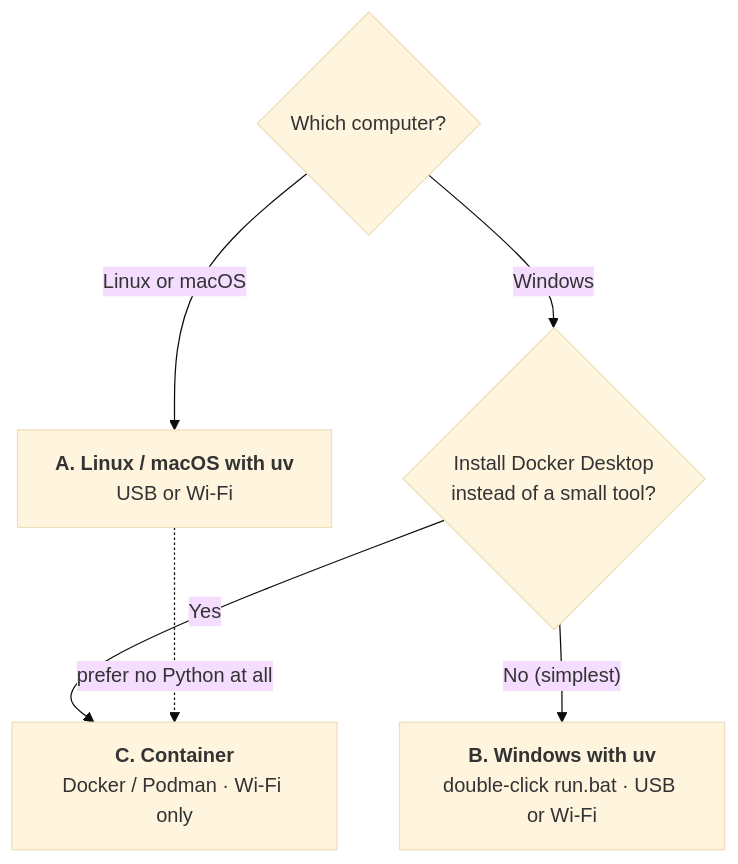
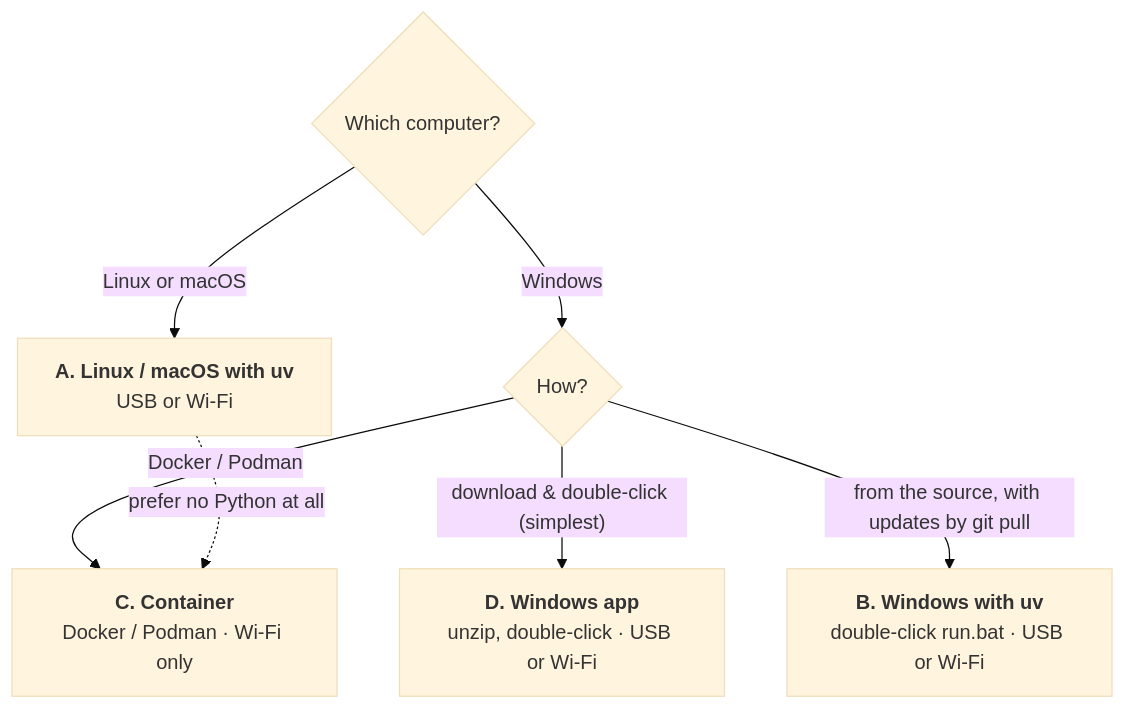
One commit to igorpuorro/android-instagram-tools changed the diagram in README.md. Above: the diagram before and after it, drawn with Mermaid (base theme). The commit also changed other lines of this file and 13 other files, not shown here.

First line of the commit message:
feat: add a Windows app as a one-folder zip

````diff
--- a/README.md
+++ b/README.md
@@ -19,9 +19,10 @@
 ```mermaid
 flowchart TD
     Q1{"Which computer?"}
     Q1 -->|Linux or macOS| A["<b>A. Linux / macOS with uv</b><br/>USB or Wi-Fi"]
-    Q1 -->|Windows| Q2{"Install Docker Desktop<br/>instead of a small tool?"}
-    Q2 -->|"No (simplest)"| B["<b>B. Windows with uv</b><br/>double-click run.bat · USB or Wi-Fi"]
-    Q2 -->|Yes| C["<b>C. Container</b><br/>Docker / Podman · Wi-Fi only"]
+    Q1 -->|Windows| Q2{"How?"}
+    Q2 -->|"download & double-click (simplest)"| D["<b>D. Windows app</b><br/>unzip, double-click · USB or Wi-Fi"]
+    Q2 -->|"from the source, with updates by git pull"| B["<b>B. Windows with uv</b><br/>double-click run.bat · USB or Wi-Fi"]
+    Q2 -->|"Docker / Podman"| C["<b>C. Container</b><br/>Docker / Podman · Wi-Fi only"]
     A -.->|"prefer no Python at all"| C
 ```
````
